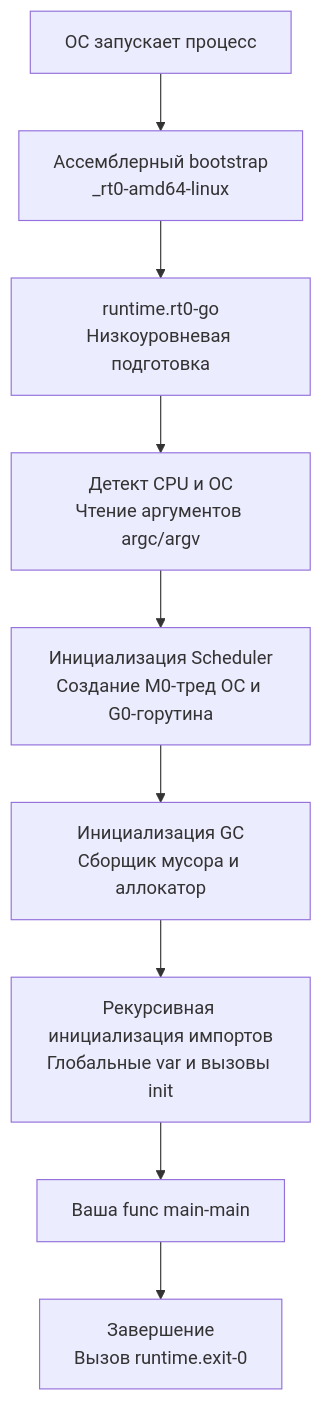
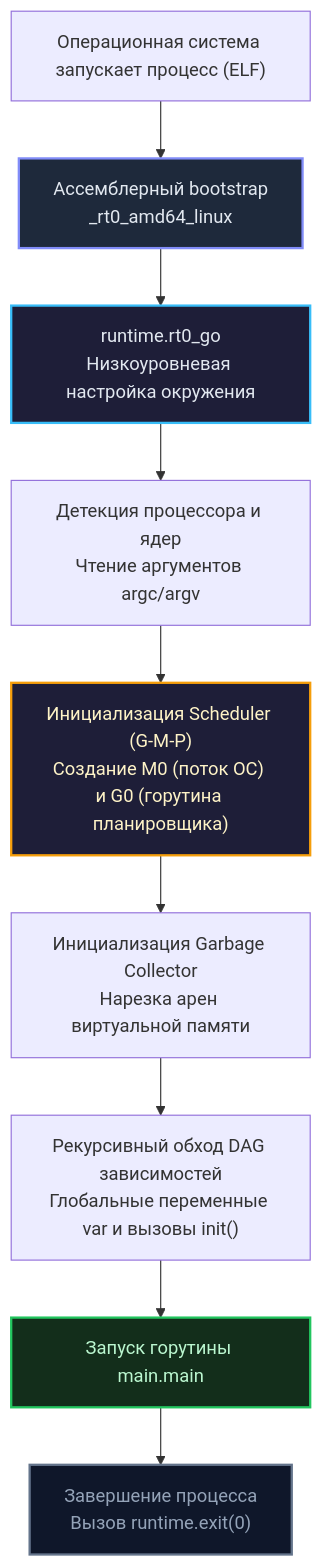
The diagram in sources/5. Учебник по Go (Основы и синтаксис)/4. Структура Go-программы. package, import, func main.md (UnrealTemplier/go-textbook), drawn with Mermaid before and after one commit. The commit also changed other lines of this file, not shown here.

````diff
--- a/sources/5. Учебник по Go (Основы и синтаксис)/4. Структура Go-программы. package, import, func main.md
+++ b/sources/5. Учебник по Go (Основы и синтаксис)/4. Структура Go-программы. package, import, func main.md
@@ -105,11 +126,17 @@
 ```mermaid
 flowchart TD
-    OS["ОС запускает процесс"] --> ASM["Ассемблерный bootstrap<br>_rt0-amd64-linux"]
-    ASM --> RT0["runtime.rt0-go<br>Низкоуровневая подготовка"]
-    RT0 --> CPU["Детект CPU и ОС<br>Чтение аргументов argc/argv"]
-    CPU --> Sched["Инициализация Scheduler<br>Создание M0-тред ОС и G0-горутина"]
-    Sched --> GC["Инициализация GC<br>Сборщик мусора и аллокатор"]
-    GC --> InitPkgs["Рекурсивная инициализация импортов<br>Глобальные var и вызовы init"]
-    InitPkgs --> Main["Ваша func main-main"]
-    Main --> Exit["Завершение<br>Вызов runtime.exit-0"]
+    OS["Операционная система запускает процесс (ELF)"] --> ASM["Ассемблерный bootstrap<br>_rt0_amd64_linux"]
+    ASM --> RT0["runtime.rt0_go<br>Низкоуровневая настройка окружения"]
+    RT0 --> CPU["Детекция процессора и ядер<br>Чтение аргументов argc/argv"]
+    CPU --> Sched["Инициализация Scheduler (G-M-P)<br>Создание M0 (поток ОС) и G0 (горутина планировщика)"]
+    Sched --> GC["Инициализация Garbage Collector<br>Нарезка арен виртуальной памяти"]
+    GC --> InitPkgs["Рекурсивный обход DAG зависимостей<br>Глобальные переменные var и вызовы init()"]
+    InitPkgs --> Main["Запуск горутины main.main"]
+    Main --> Exit["Завершение процесса<br>Вызов runtime.exit(0)"]
+    
+    style ASM fill:#1e293b,stroke:#818cf8,stroke-width:2px,color:#e2e8f0
+    style RT0 fill:#1e1e38,stroke:#38bdf8,stroke-width:2px,color:#e2e8f0
+    style Sched fill:#1e1e38,stroke:#f59e0b,stroke-width:2px,color:#fef3c7
+    style Main fill:#132e1b,stroke:#22c55e,stroke-width:2px,color:#bbf7d0
+    style Exit fill:#0f172a,stroke:#64748b,stroke-width:2px,color:#94a3b8
 ```
````
